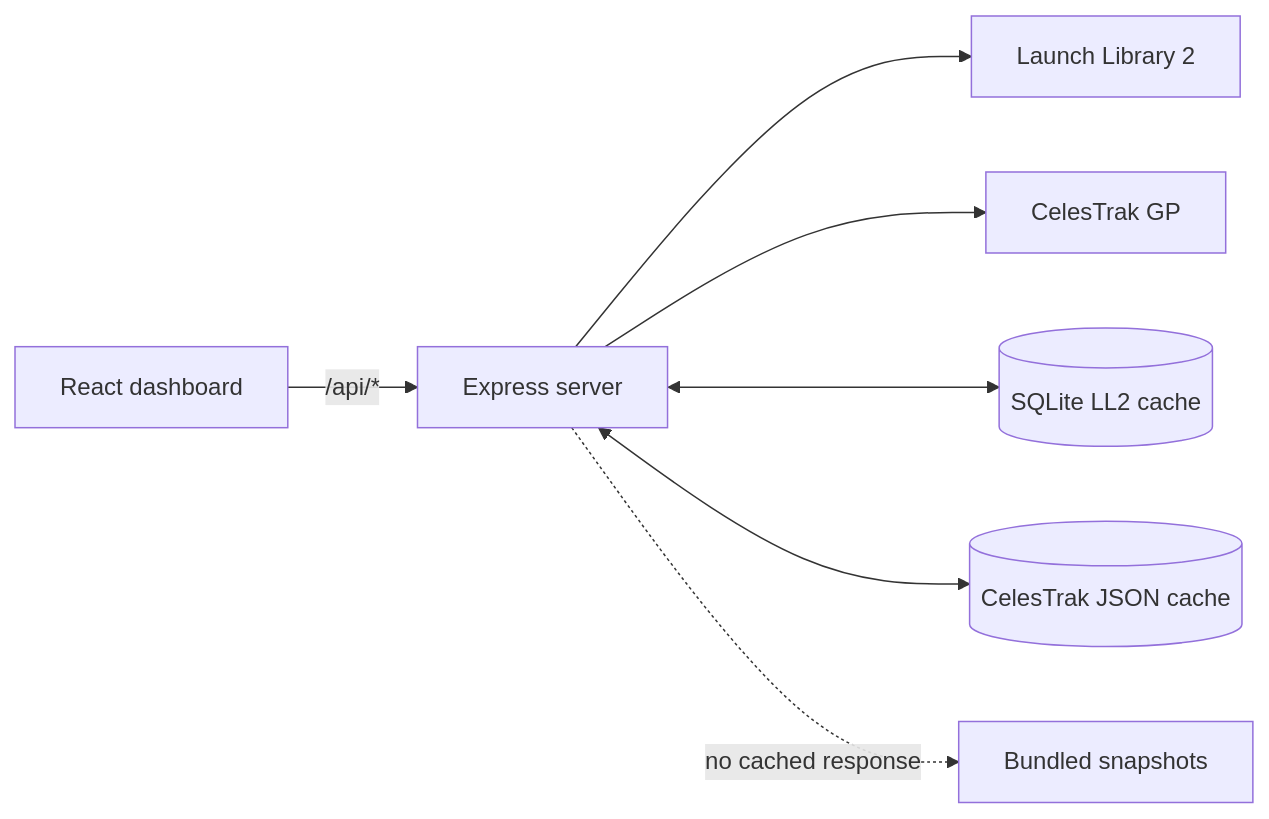
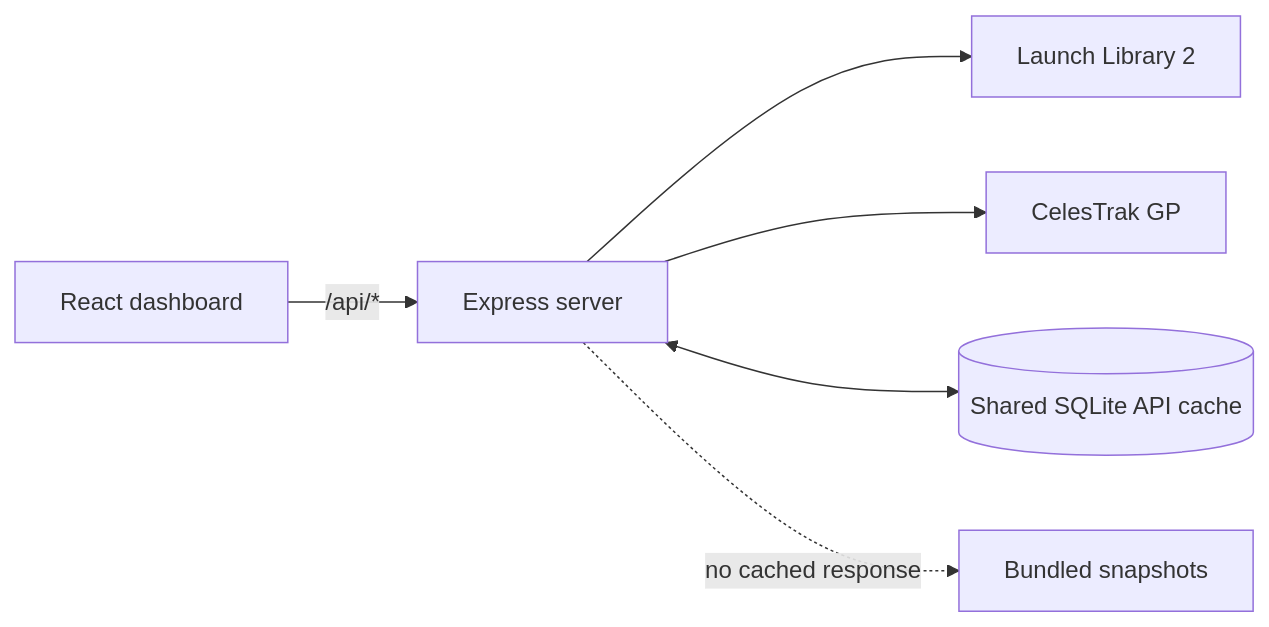
The diagram in ARCHITECTURE.md (mathieulehan/spacex-mission-dashboard), drawn with Mermaid before and after one commit. The commit also changed other lines of this file and 5 other files, not shown here.

````diff
--- a/ARCHITECTURE.md
+++ b/ARCHITECTURE.md
@@ -9,9 +9,8 @@
 ```mermaid
 flowchart LR
     UI[React dashboard] -->|/api/*| API[Express server]
     API --> LL2[Launch Library 2]
     API --> CT[CelesTrak GP]
-    API <--> DB[(SQLite LL2 cache)]
-    API <--> JSON[(CelesTrak JSON cache)]
+    API <--> DB[(Shared SQLite API cache)]
     API -. no cached response .-> BS[Bundled snapshots]
 ```
````
